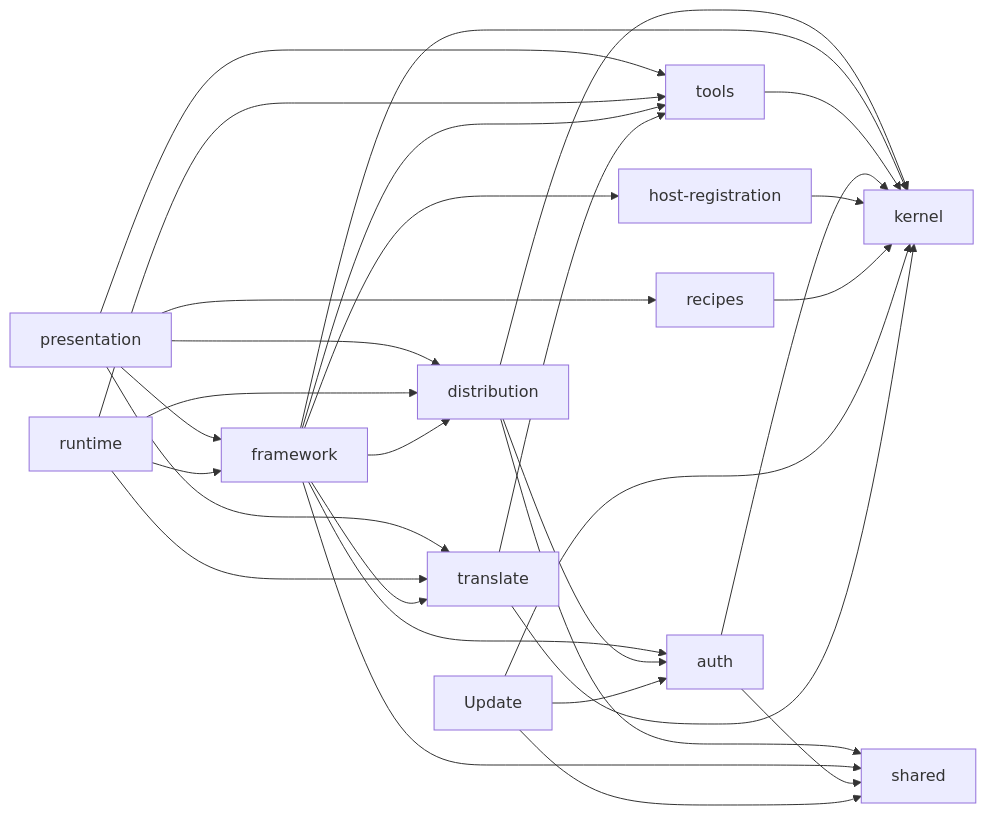
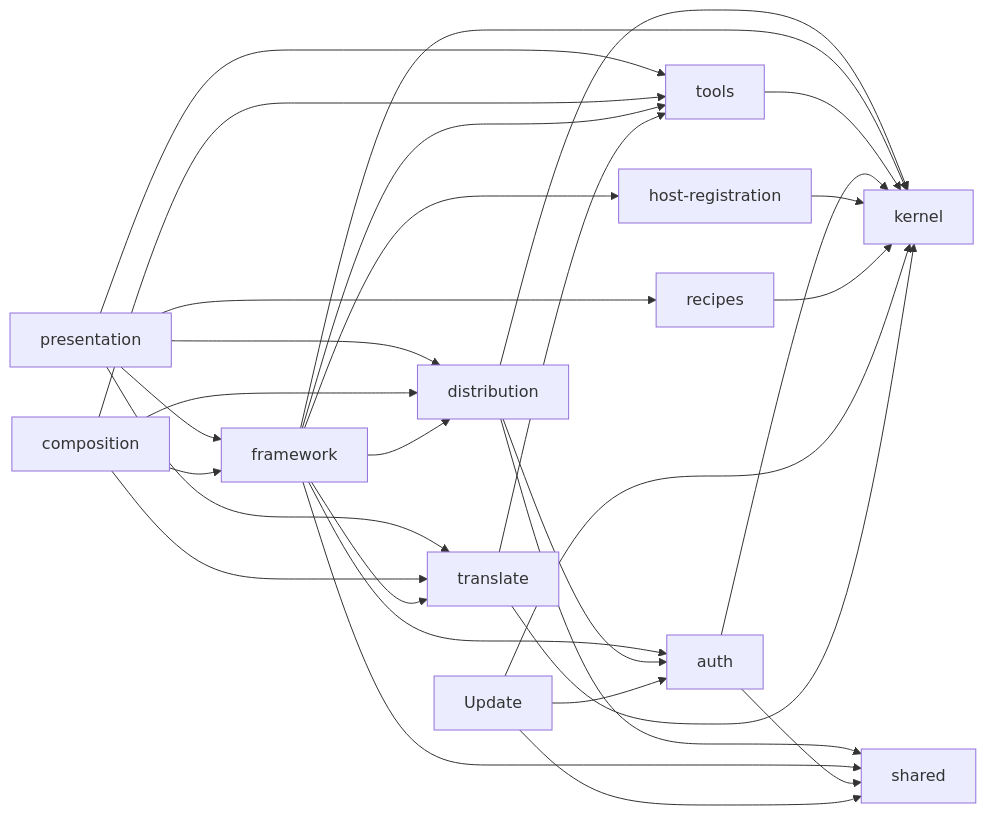
Before and after one commit to ai-driven-dev/framework: the diagram in cli/aidd_docs/memory/architecture.md, drawn with Mermaid. The commit also changed 76 other files, not shown here.

````diff
--- a/cli/aidd_docs/memory/architecture.md
+++ b/cli/aidd_docs/memory/architecture.md
@@ -15,32 +15,32 @@
 ```mermaid
 flowchart LR
     Presentation["presentation"] --> Distribution["distribution"]
     Presentation --> Framework["framework"]
     Presentation --> Recipes["recipes"]
     Presentation --> Tools["tools"]
     Presentation --> Translate["translate"]
-    Runtime["runtime"] --> Distribution
-    Runtime --> Framework
-    Runtime --> Tools
-    Runtime --> Translate
+    Composition["composition"] --> Distribution
+    Composition --> Framework
+    Composition --> Tools
+    Composition --> Translate
     Framework --> Translate
     Framework --> Distribution
     Framework --> Tools
     Framework --> Auth["auth"]
     Framework --> HostRegistration["host-registration"]
     Distribution --> Auth
     Translate --> Tools
     Distribution --> Kernel["kernel"]
     Distribution --> Shared["shared"]
     Framework --> Shared
     Framework --> Kernel
     Tools --> Kernel
     Auth --> Kernel
     HostRegistration --> Kernel
     Auth --> Shared
     Update --> Auth
     Recipes --> Kernel
     Update --> Kernel
     Update --> Shared
     Translate --> Kernel
 ```
````
